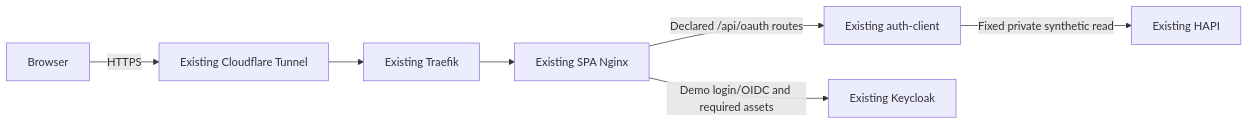
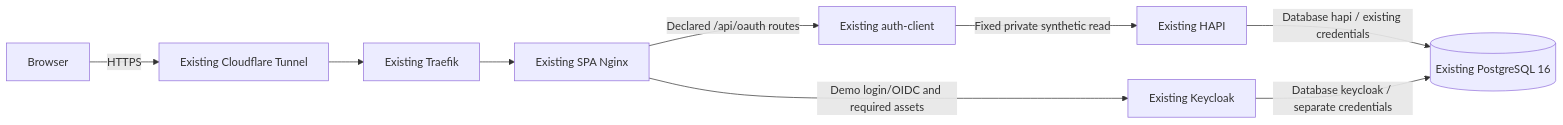
One commit to AhmetCavus/epa-lab changed the diagram in openspec/changes/public-playground-oauth-deployment/design.md. Above: the diagram before and after it, drawn with Mermaid. The commit also changed other lines of this file and 3 other files, not shown here.

````diff
--- a/openspec/changes/public-playground-oauth-deployment/design.md
+++ b/openspec/changes/public-playground-oauth-deployment/design.md
@@ -36,9 +37,11 @@
 ```mermaid
 flowchart LR
   Browser -->|HTTPS| CF[Existing Cloudflare Tunnel]
   CF --> T[Existing Traefik]
   T --> N[Existing SPA Nginx]
   N -->|Declared /api/oauth routes| B[Existing auth-client]
   N -->|Demo login/OIDC and required assets| K[Existing Keycloak]
   B -->|Fixed private synthetic read| H[Existing HAPI]
+  H -->|Database hapi / existing credentials| P[(Existing PostgreSQL 16)]
+  K -->|Database keycloak / separate credentials| P
 ```
````
